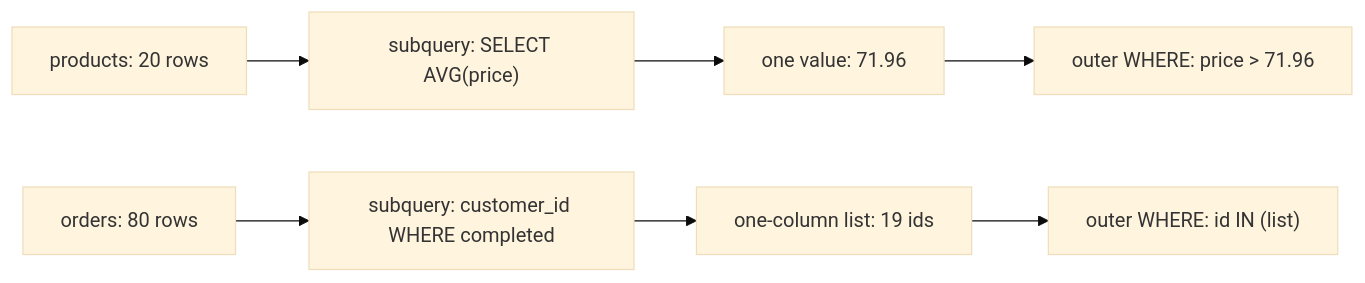
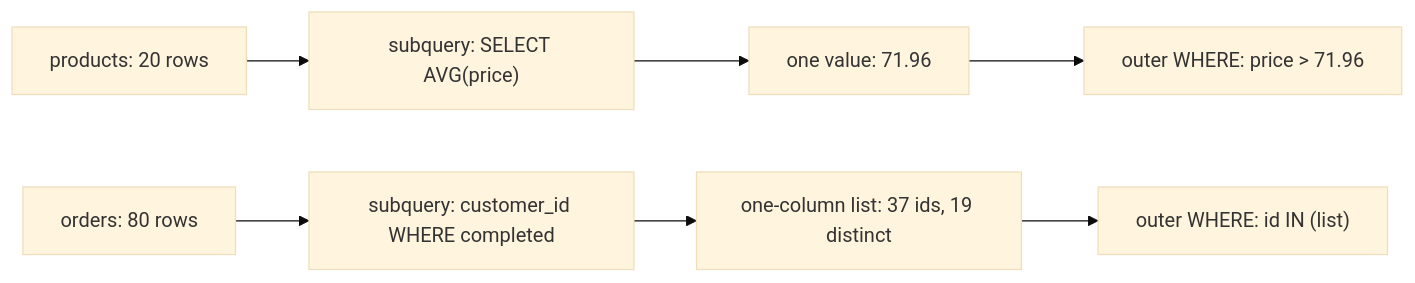
The diagram in web/src/data/content/q1.md (theakhandpatel/querycraft), drawn with Mermaid (base theme) before and after one commit. The commit also changed other lines of this file and 61 other files, not shown here.

````diff
--- a/web/src/data/content/q1.md
+++ b/web/src/data/content/q1.md
@@ -27,9 +61,9 @@
 ```mermaid
 flowchart LR
     P["products: 20 rows"] --> S["subquery: SELECT AVG(price)"]
     S --> V["one value: 71.96"]
     V --> W["outer WHERE: price > 71.96"]
     O["orders: 80 rows"] --> I["subquery: customer_id WHERE completed"]
-    I --> L["one-column list: 19 ids"]
+    I --> L["one-column list: 37 ids, 19 distinct"]
     L --> N["outer WHERE: id IN (list)"]
 ```
````
